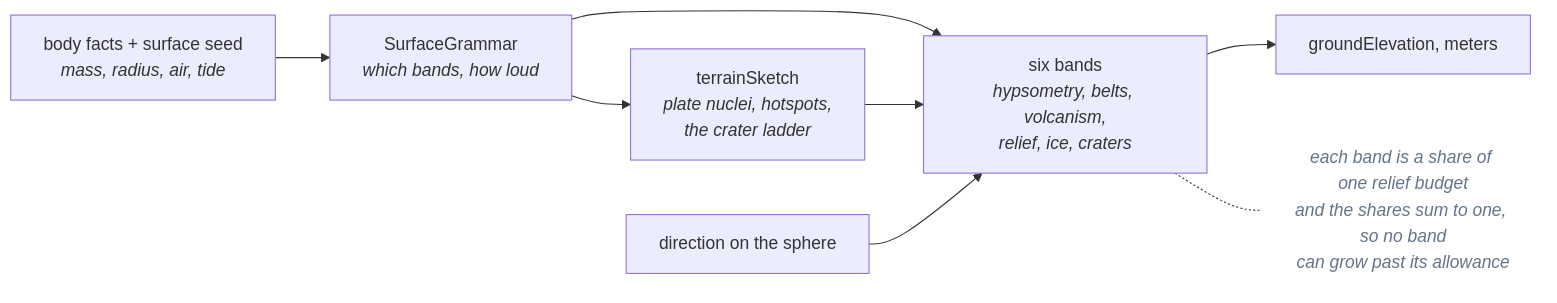
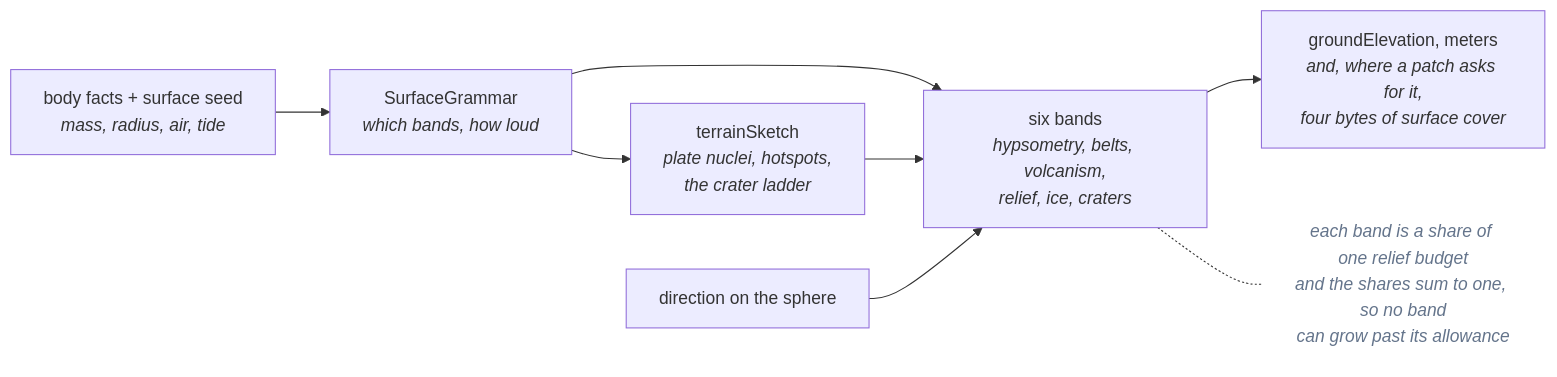
The third of 3 diagrams in docs/concepts/determinism.md (jonjaques/inertialref), drawn with Mermaid before and after one commit. The commit also changed other lines of this file and 48 other files, not shown here.

````diff
--- a/docs/concepts/determinism.md
+++ b/docs/concepts/determinism.md
@@ -130,13 +130,13 @@
 ```mermaid
 flowchart LR
     IN["body facts + surface seed<br/><i>mass, radius, air, tide</i>"] --> G["SurfaceGrammar<br/><i>which bands, how loud</i>"]
     G --> SK["terrainSketch<br/><i>plate nuclei, hotspots,<br/>the crater ladder</i>"]
     G --> B["six bands<br/><i>hypsometry, belts, volcanism,<br/>relief, ice, craters</i>"]
     SK --> B
     D["direction on the sphere"] --> B
-    B --> OUT["groundElevation, meters"]
+    B --> OUT["groundElevation, meters<br/><i>and, where a patch asks for it,<br/>four bytes of surface cover</i>"]
 
     B -.- NOTE["each band is a share of one relief budget<br/>and the shares sum to one, so no band<br/>can grow past its allowance"]
     classDef note fill:none,stroke:none,color:#64748b,font-style:italic
     class NOTE note
 ```
````
